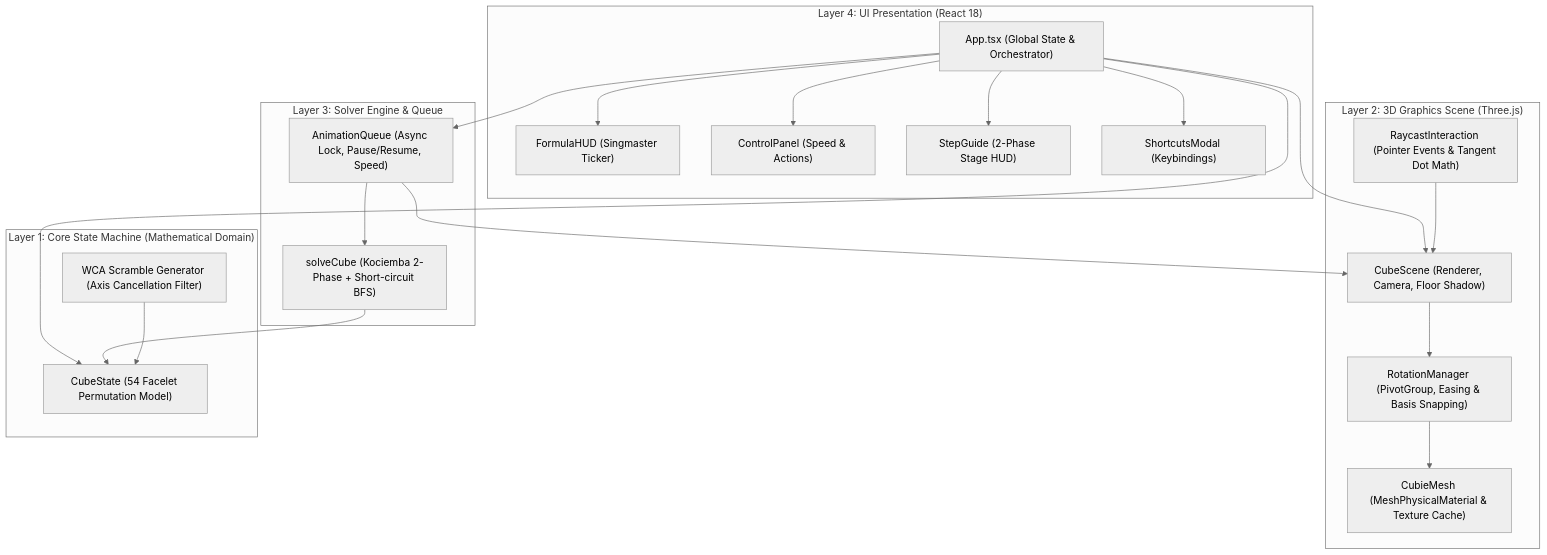
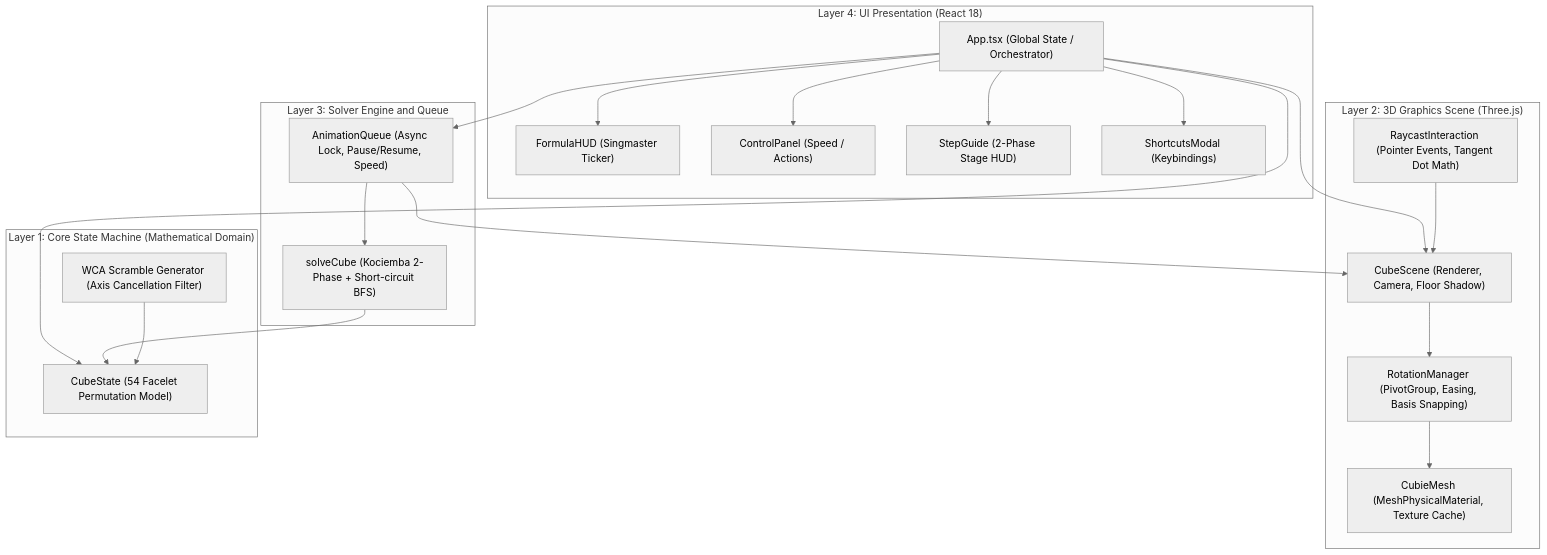
The diagram in README.md (hamuichan/rubiks-solver-3d), drawn with Mermaid (neutral theme) before and after one commit.

````diff
--- a/README.md
+++ b/README.md
@@ -58,38 +58,42 @@
 ```mermaid
 flowchart TB
-    subgraph Layer4 ["Layer 4: UI Presentation (React 18)"]
-        App["App.tsx (Global State & Orchestrator)"]
+    subgraph Layer4["Layer 4: UI Presentation (React 18)"]
+        App["App.tsx (Global State / Orchestrator)"]
         HUD["FormulaHUD (Singmaster Ticker)"]
-        Control["ControlPanel (Speed & Actions)"]
+        Control["ControlPanel (Speed / Actions)"]
         Guide["StepGuide (2-Phase Stage HUD)"]
         Modal["ShortcutsModal (Keybindings)"]
     end
 
-    subgraph Layer3 ["Layer 3: Solver Engine & Queue"]
+    subgraph Layer3["Layer 3: Solver Engine and Queue"]
         Solver["solveCube (Kociemba 2-Phase + Short-circuit BFS)"]
         Queue["AnimationQueue (Async Lock, Pause/Resume, Speed)"]
     end
 
-    subgraph Layer2 ["Layer 2: 3D Graphics Scene (Three.js)"]
+    subgraph Layer2["Layer 2: 3D Graphics Scene (Three.js)"]
         Scene["CubeScene (Renderer, Camera, Floor Shadow)"]
-        Raycast["RaycastInteraction (Pointer Events & Tangent Dot Math)"]
-        RotMgr["RotationManager (PivotGroup, Easing & Basis Snapping)"]
-        CubieMesh["CubieMesh (MeshPhysicalMaterial & Texture Cache)"]
+        Raycast["RaycastInteraction (Pointer Events, Tangent Dot Math)"]
+        RotMgr["RotationManager (PivotGroup, Easing, Basis Snapping)"]
+        CubieMesh["CubieMesh (MeshPhysicalMaterial, Texture Cache)"]
     end
 
-    subgraph Layer1 ["Layer 1: Core State Machine (Mathematical Domain)"]
+    subgraph Layer1["Layer 1: Core State Machine (Mathematical Domain)"]
         State["CubeState (54 Facelet Permutation Model)"]
         Scramble["WCA Scramble Generator (Axis Cancellation Filter)"]
     end
 
-    App --> HUD & Control & Guide & Modal
+    App --> HUD
+    App --> Control
+    App --> Guide
+    App --> Modal
     App --> Queue
     App --> State
     App --> Scene
     Queue --> Solver
     Queue --> Scene
     Raycast --> Scene
-    Scene --> RotMgr --> CubieMesh
+    Scene --> RotMgr
+    RotMgr --> CubieMesh
     Solver --> State
     Scramble --> State
 ```
````
